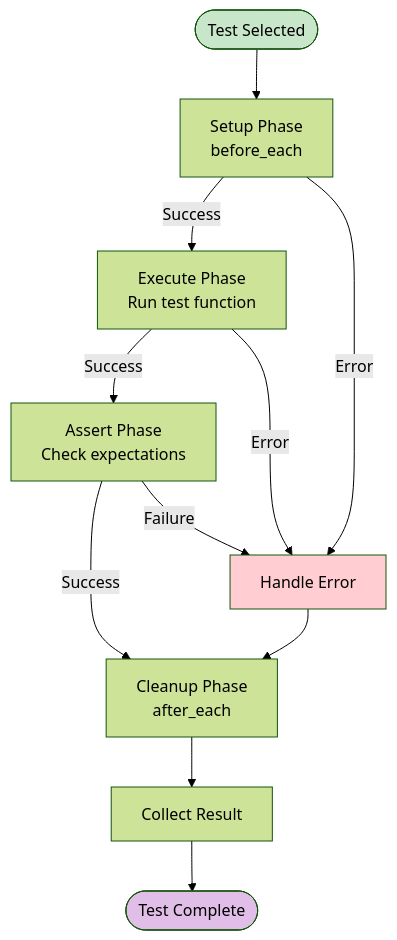
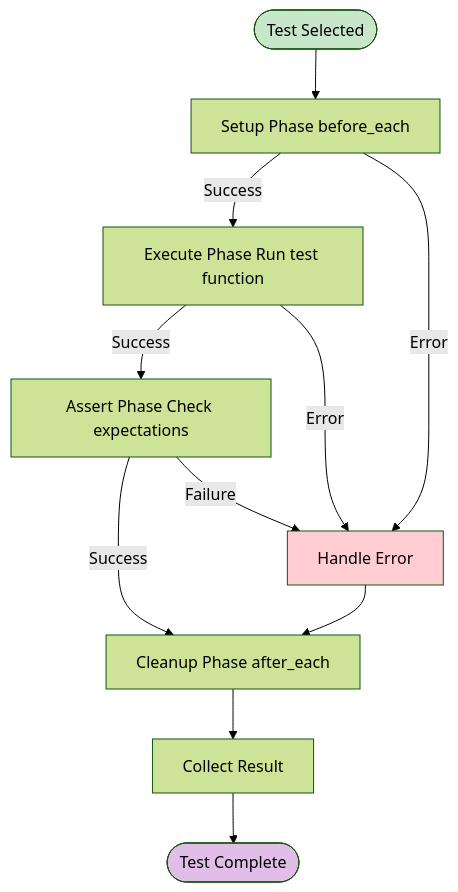
One commit to softwarewrighter/ui-test-rs changed the eighth of 15 diagrams in wiki/Test-Runner.md. Above: the diagram before and after it, drawn with Mermaid (forest theme). The commit also changed other lines of this file and 10 other files, not shown here.

First line of the commit message:
Fix wiki Mermaid diagrams: remove <br/> tags

````diff
--- a/wiki/Test-Runner.md
+++ b/wiki/Test-Runner.md
@@ -281,27 +281,27 @@
 ```mermaid
 flowchart TB
     Start([Test Selected])
-    Setup[Setup Phase<br/>before_each]
-    Execute[Execute Phase<br/>Run test function]
-    Assert[Assert Phase<br/>Check expectations]
-    Cleanup[Cleanup Phase<br/>after_each]
+    Setup[Setup Phase before_each]
+    Execute[Execute Phase Run test function]
+    Assert[Assert Phase Check expectations]
+    Cleanup[Cleanup Phase after_each]
     Collect[Collect Result]
     Done([Test Complete])
 
     Error[Handle Error]
 
     Start --> Setup
     Setup -->|Success| Execute
     Setup -->|Error| Error
     Execute -->|Success| Assert
     Execute -->|Error| Error
     Assert -->|Success| Cleanup
     Assert -->|Failure| Error
     Error --> Cleanup
     Cleanup --> Collect
     Collect --> Done
 
     style Start fill:#c8e6c9
     style Error fill:#ffcdd2
     style Done fill:#e1bee7
 ```
````
